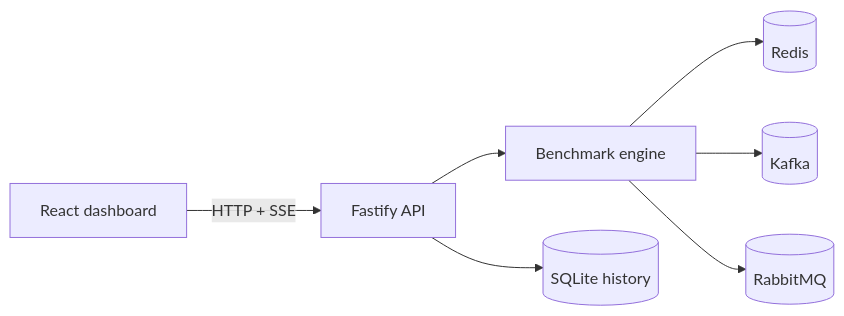
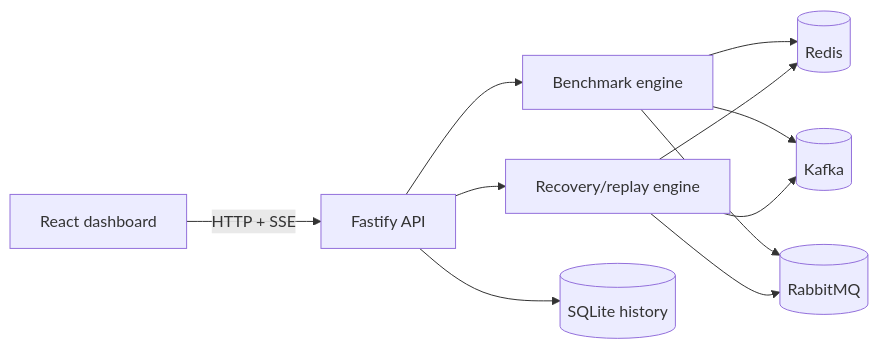
Before and after one commit to viniciuspizettadesouza/messaging-lab: the diagram in README.md, drawn with Mermaid. The commit also changed other lines of this file and 21 other files, not shown here.

Commit message:
feat: add broker-native recovery and replay experiments

````diff
--- a/README.md
+++ b/README.md
@@ -70,9 +71,13 @@
 ```mermaid
 flowchart LR
     Browser[React dashboard] -->|HTTP + SSE| API[Fastify API]
     API --> Engine[Benchmark engine]
+    API --> Recovery[Recovery/replay engine]
     Engine --> Redis[(Redis)]
     Engine --> Kafka[(Kafka)]
     Engine --> Rabbit[(RabbitMQ)]
+    Recovery --> Redis
+    Recovery --> Kafka
+    Recovery --> Rabbit
     API --> SQLite[(SQLite history)]
 ```
````
